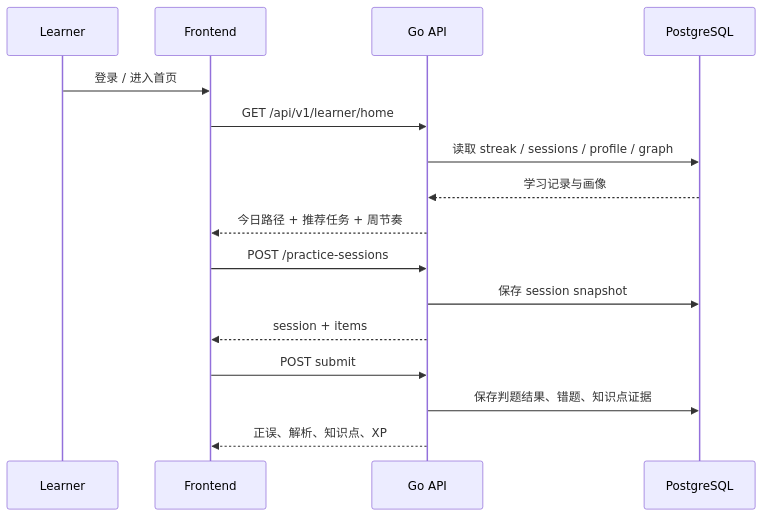
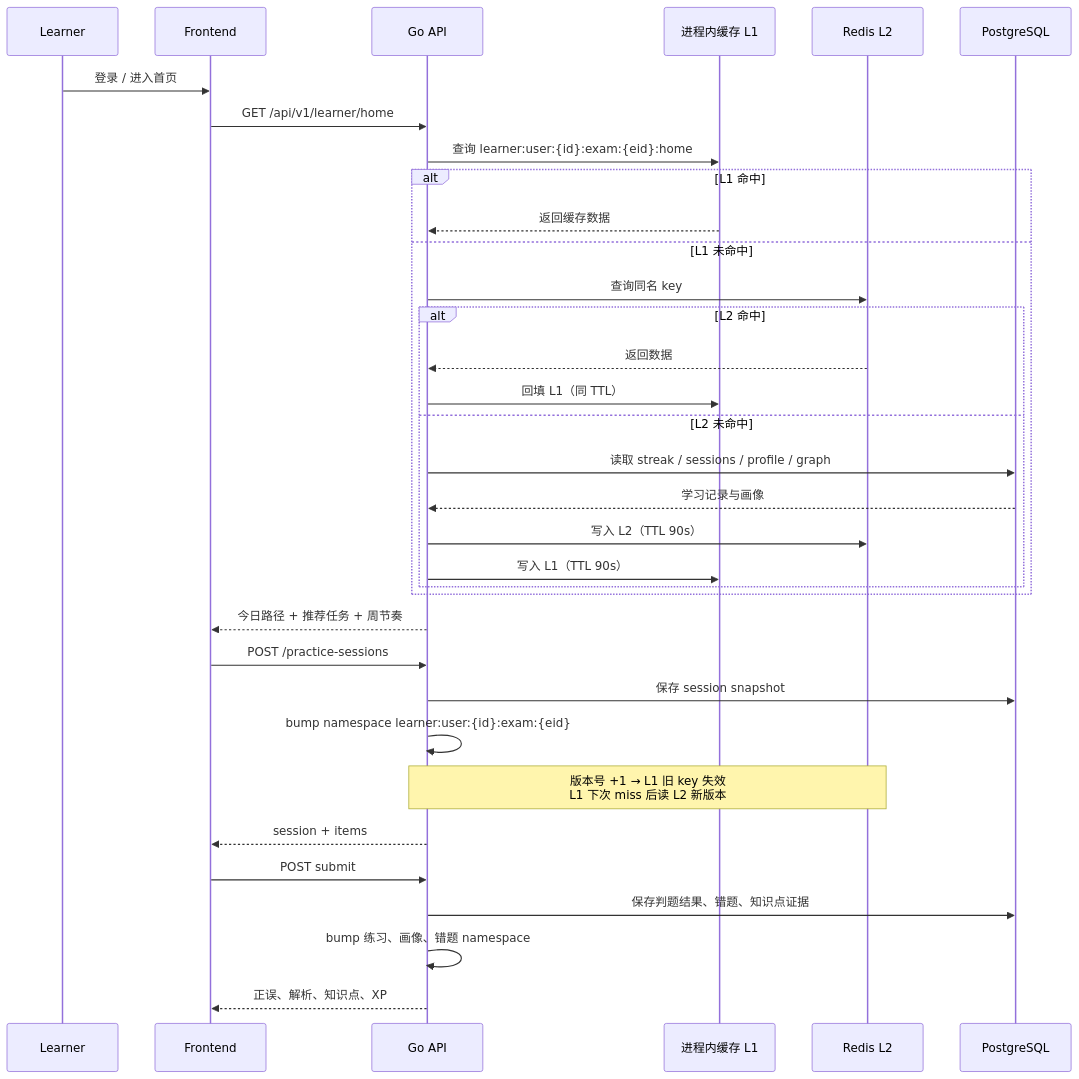
Before and after one commit to skye-z/FOCO: the second of 3 diagrams in docs/ARCHITECTURE.md, drawn with Mermaid. The commit also changed other lines of this file and 41 other files, not shown here.

````diff
--- a/docs/ARCHITECTURE.md
+++ b/docs/ARCHITECTURE.md
@@ -52,19 +56,37 @@
 ```mermaid
 sequenceDiagram
   participant U as Learner
   participant F as Frontend
   participant G as Go API
+  participant L1 as 进程内缓存 L1
+  participant L2 as Redis L2
   participant D as PostgreSQL
 
   U->>F: 登录 / 进入首页
   F->>G: GET /api/v1/learner/home
-  G->>D: 读取 streak / sessions / profile / graph
-  D-->>G: 学习记录与画像
+  G->>L1: 查询 learner:user:{id}:exam:{eid}:home
+  alt L1 命中
+    L1-->>G: 返回缓存数据
+  else L1 未命中
+    G->>L2: 查询同名 key
+    alt L2 命中
+      L2-->>G: 返回数据
+      G->>L1: 回填 L1（同 TTL）
+    else L2 未命中
+      G->>D: 读取 streak / sessions / profile / graph
+      D-->>G: 学习记录与画像
+      G->>L2: 写入 L2（TTL 90s）
+      G->>L1: 写入 L1（TTL 90s）
+    end
+  end
   G-->>F: 今日路径 + 推荐任务 + 周节奏
   F->>G: POST /practice-sessions
   G->>D: 保存 session snapshot
+  G->>G: bump namespace learner:user:{id}:exam:{eid}
+  Note over G,L2: 版本号 +1 → L1 旧 key 失效<br/>L1 下次 miss 后读 L2 新版本
   G-->>F: session + items
   F->>G: POST submit
   G->>D: 保存判题结果、错题、知识点证据
+  G->>G: bump 练习、画像、错题 namespace
   G-->>F: 正误、解析、知识点、XP
 ```
````
